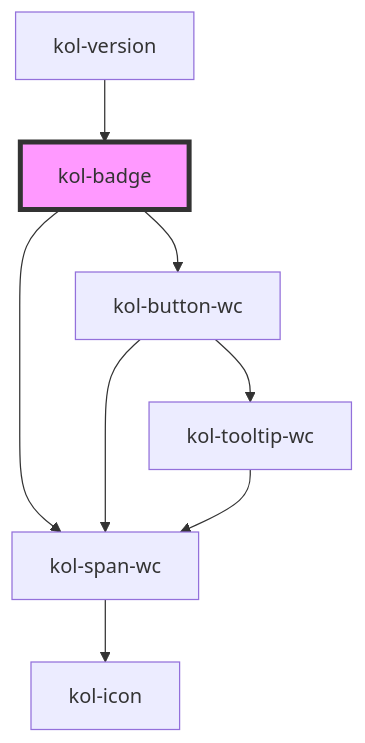
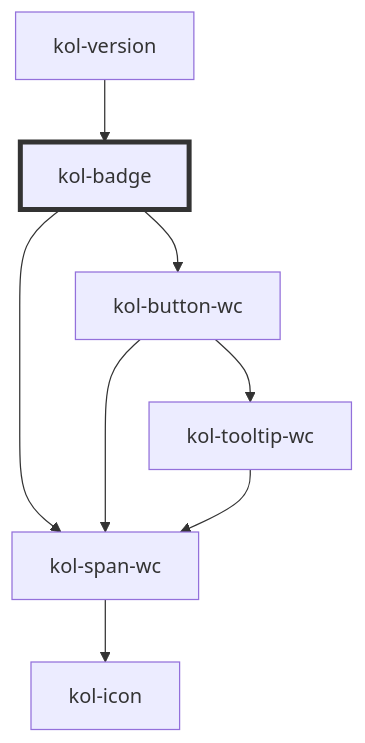
Before and after one commit to public-ui/kolibri: the diagram in packages/components/src/components/badge/readme.md, drawn with Mermaid. The commit also changed 40 other files, not shown here.

````diff
--- a/packages/components/src/components/badge/readme.md
+++ b/packages/components/src/components/badge/readme.md
@@ -122,11 +122,11 @@
 ```mermaid
 graph TD;
   kol-badge --> kol-button-wc
   kol-badge --> kol-span-wc
   kol-button-wc --> kol-span-wc
   kol-button-wc --> kol-tooltip-wc
   kol-span-wc --> kol-icon
   kol-tooltip-wc --> kol-span-wc
   kol-version --> kol-badge
-  style kol-badge fill:#f9f,stroke:#333,stroke-width:4px
+  style kol-badge stroke:#333,stroke-width:4px
 ```
````
